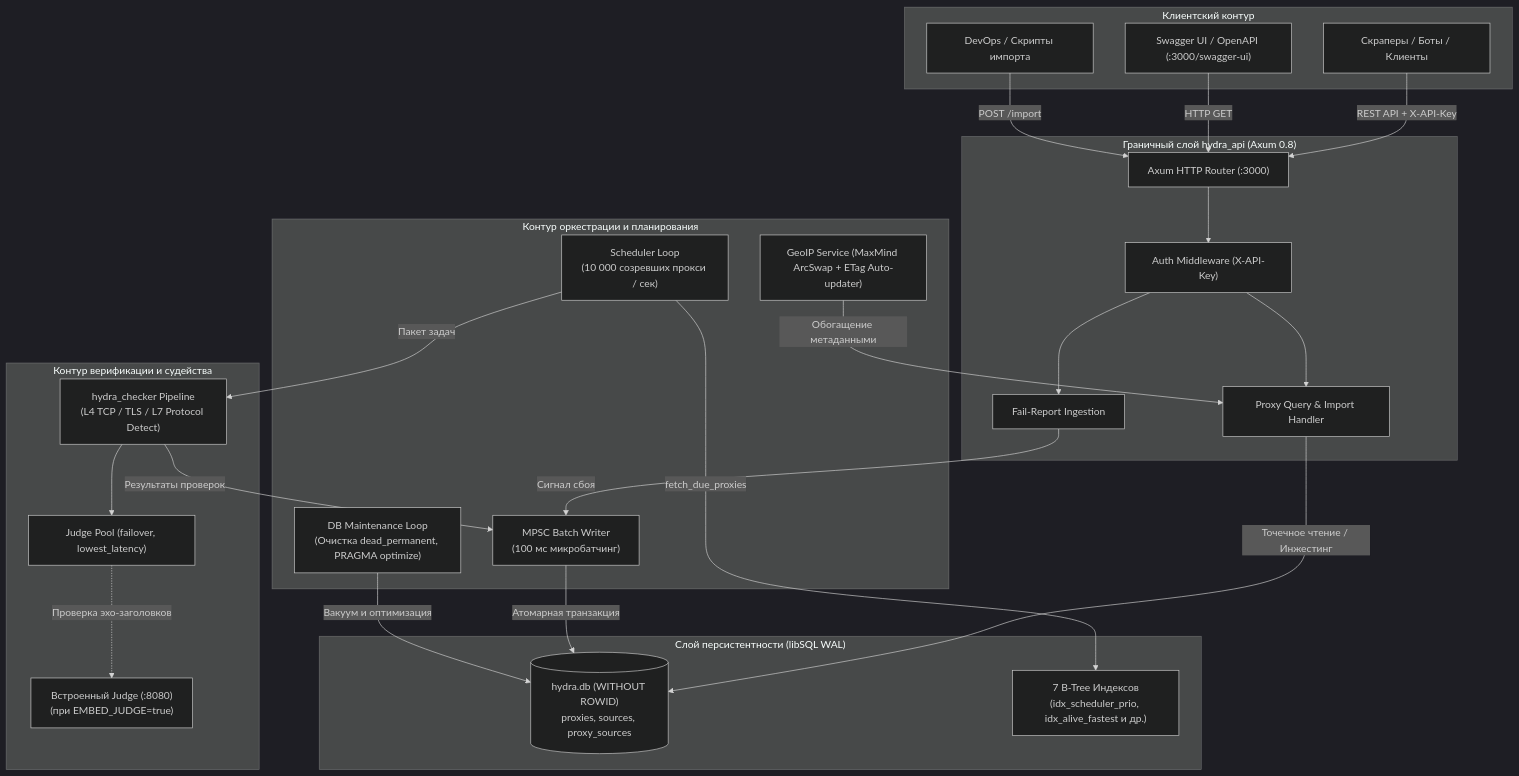
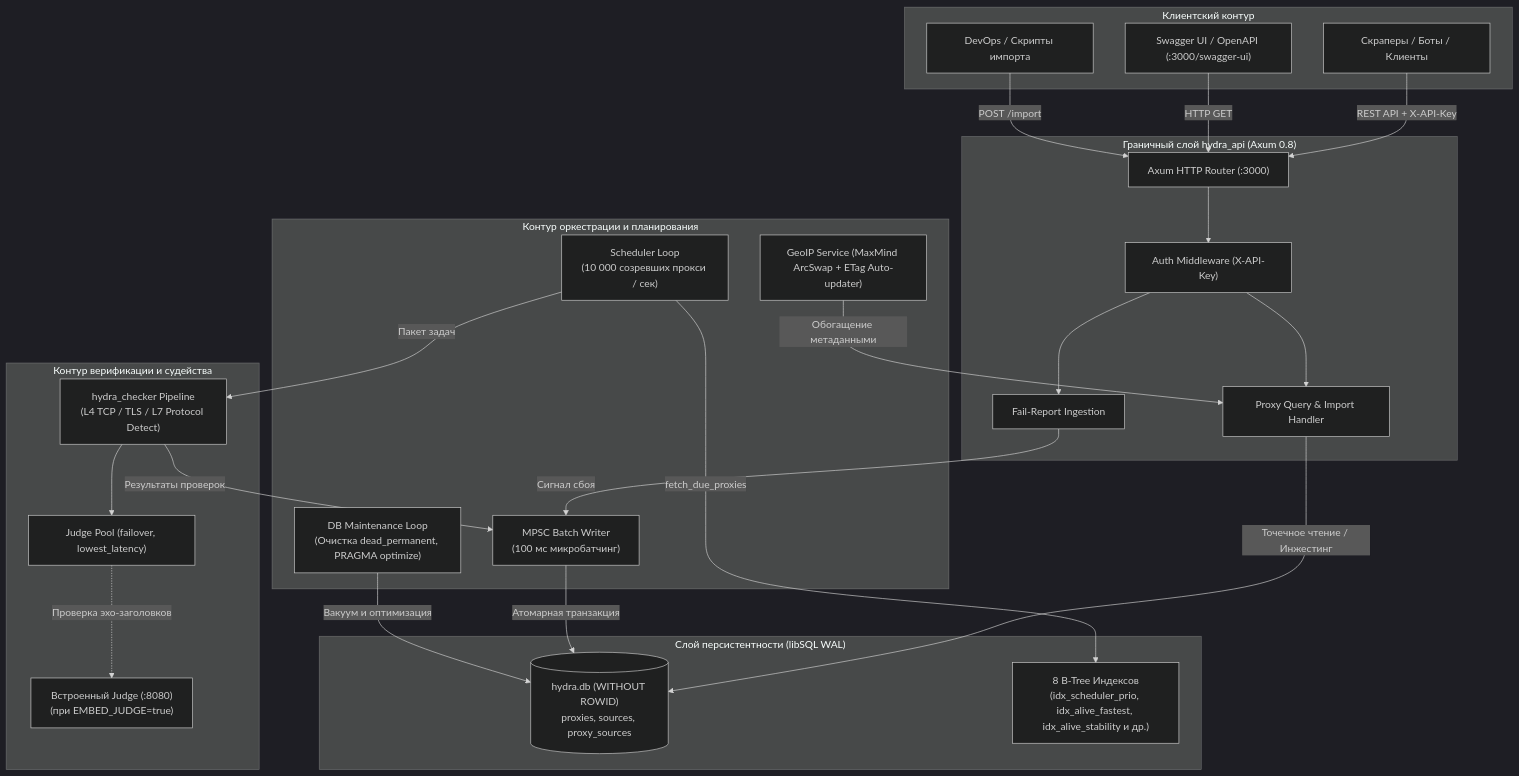
One commit to stormsia/hydra changed the first of 2 diagrams in hydra_api/README.md. Above: the diagram before and after it, drawn with Mermaid (dark theme). The commit also changed other lines of this file and 15 other files, not shown here.

````diff
--- a/hydra_api/README.md
+++ b/hydra_api/README.md
@@ -38,56 +38,56 @@
 ```mermaid
 graph TD
     subgraph Clients["Клиентский контур"]
         UserApp["Скраперы / Боты / Клиенты"]
         Swagger["Swagger UI / OpenAPI (:3000/swagger-ui)"]
         AdminCLI["DevOps / Скрипты импорта"]
     end
 
     subgraph API_Edge["Граничный слой hydra_api (Axum 0.8)"]
         Router["Axum HTTP Router (:3000)"]
         AuthMiddleware["Auth Middleware (X-API-Key)"]
         ReportHandler["Fail-Report Ingestion"]
         ProxyHandler["Proxy Query & Import Handler"]
     end
 
     subgraph Orchestration["Контур оркестрации и планирования"]
         Scheduler["Scheduler Loop<br/>(10 000 созревших прокси / сек)"]
         BatchWriter["MPSC Batch Writer<br/>(100 мс микробатчинг)"]
         Maintenance["DB Maintenance Loop<br/>(Очистка dead_permanent, PRAGMA optimize)"]
         GeoIP["GeoIP Service (MaxMind ArcSwap + ETag Auto-updater)"]
     end
 
     subgraph Verification["Контур верификации и судейства"]
         Checker["hydra_checker Pipeline<br/>(L4 TCP / TLS / L7 Protocol Detect)"]
         JudgePool["Judge Pool (failover, lowest_latency)"]
         EmbedJudge["Встроенный Judge (:8080)<br/>(при EMBED_JUDGE=true)"]
     end
 
     subgraph Storage["Слой персистентности (libSQL WAL)"]
         DB[("hydra.db (WITHOUT ROWID)<br/>proxies, sources, proxy_sources")]
-        Indexes["7 B-Tree Индексов<br/>(idx_scheduler_prio, idx_alive_fastest и др.)"]
+        Indexes["8 B-Tree Индексов<br/>(idx_scheduler_prio, idx_alive_fastest, idx_alive_stability и др.)"]
     end
 
     UserApp -->|REST API + X-API-Key| Router
     Swagger -->|HTTP GET| Router
     AdminCLI -->|POST /import| Router
 
     Router --> AuthMiddleware
     AuthMiddleware --> ProxyHandler
     AuthMiddleware --> ReportHandler
 
     ProxyHandler -->|Точечное чтение / Инжестинг| DB
     ReportHandler -->|Сигнал сбоя| BatchWriter
 
     Scheduler -->|fetch_due_proxies| Indexes
     Scheduler -->|Пакет задач| Checker
 
     Checker --> JudgePool
     JudgePool -.->|Проверка эхо-заголовков| EmbedJudge
 
     Checker -->|Результаты проверок| BatchWriter
     BatchWriter -->|Атомарная транзакция| DB
 
     GeoIP -->|Обогащение метаданными| ProxyHandler
     Maintenance -->|Вакуум и оптимизация| DB
 ```
````
